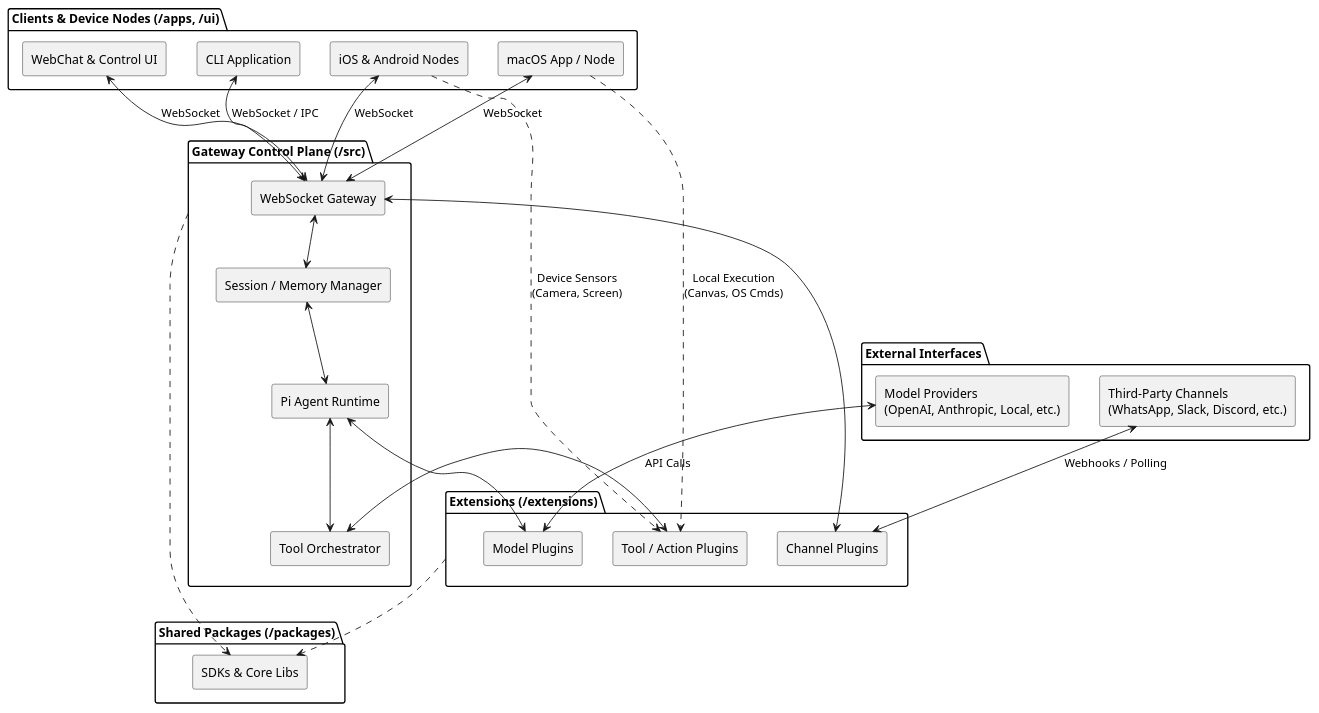
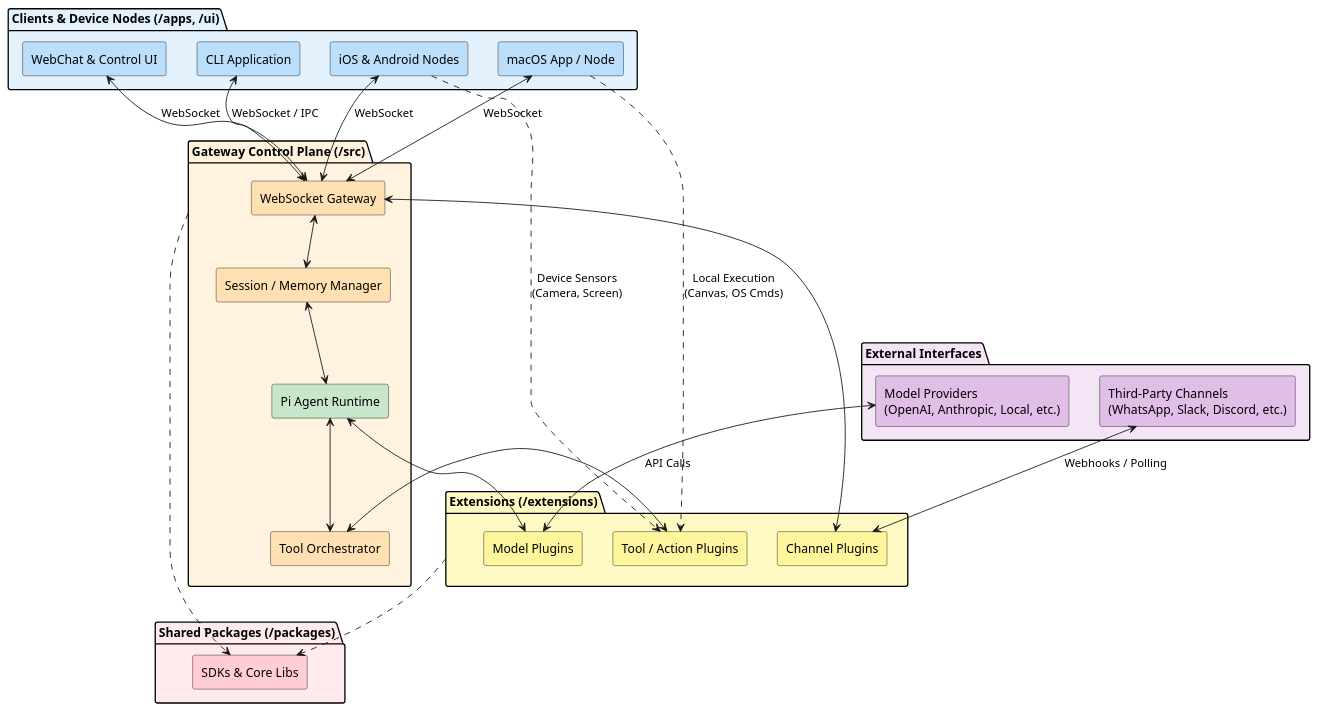
One commit to wangbin0619/openclaw changed the diagram in 01-openclaw-learning/01-01-system-graph.puml. Above: the diagram before and after it, drawn with PlantUML. The commit also changed 11 other files, not shown here.

```diff
--- a/01-openclaw-learning/01-01-system-graph.puml
+++ b/01-openclaw-learning/01-01-system-graph.puml
@@ -1,53 +1,54 @@
 @startuml
 skinparam componentStyle rectangle
+skinparam shadowing false
 
-package "External Interfaces" {
-  [Third-Party Channels\n(WhatsApp, Slack, Discord, etc.)] as Channels
-  [Model Providers\n(OpenAI, Anthropic, Local, etc.)] as LLM
+package "External Interfaces" #F3E5F5 {
+  [Third-Party Channels\n(WhatsApp, Slack, Discord, etc.)] as Channels #E1BEE7
+  [Model Providers\n(OpenAI, Anthropic, Local, etc.)] as LLM #E1BEE7
 }
 
-package "Clients & Device Nodes (/apps, /ui)" {
-  [WebChat & Control UI] as WebUI
-  [CLI Application] as CLI
-  [macOS App / Node] as Desktop
-  [iOS & Android Nodes] as Mobile
+package "Clients & Device Nodes (/apps, /ui)" #E3F2FD {
+  [WebChat & Control UI] as WebUI #BBDEFB
+  [CLI Application] as CLI #BBDEFB
+  [macOS App / Node] as Desktop #BBDEFB
+  [iOS & Android Nodes] as Mobile #BBDEFB
 }
 
-package "Gateway Control Plane (/src)" as CoreLayer {
-  [WebSocket Gateway] as Gateway
-  [Pi Agent Runtime] as AgentRuntime
-  [Session / Memory Manager] as SessionManager
-  [Tool Orchestrator] as ToolOrchestrator
+package "Gateway Control Plane (/src)" as CoreLayer #FFF3E0 {
+  [WebSocket Gateway] as Gateway #FFE0B2
+  [Pi Agent Runtime] as AgentRuntime #C8E6C9
+  [Session / Memory Manager] as SessionManager #FFE0B2
+  [Tool Orchestrator] as ToolOrchestrator #FFE0B2
 }
 
-package "Extensions (/extensions)" as ExtensionsLayer {
-  [Channel Plugins] as ChannelPlugins
-  [Model Plugins] as ModelPlugins
-  [Tool / Action Plugins] as ToolPlugins
+package "Extensions (/extensions)" as ExtensionsLayer #FFF9C4 {
+  [Channel Plugins] as ChannelPlugins #FFF59D
+  [Model Plugins] as ModelPlugins #FFF59D
+  [Tool / Action Plugins] as ToolPlugins #FFF59D
 }
 
-package "Shared Packages (/packages)" as PkgLayer {
-  [SDKs & Core Libs] as SDK
+package "Shared Packages (/packages)" as PkgLayer #FFEBEE {
+  [SDKs & Core Libs] as SDK #FFCDD2
 }
 
 Channels <--> ChannelPlugins : Webhooks / Polling
 LLM <--> ModelPlugins : API Calls
 
 ChannelPlugins <--> Gateway
 WebUI <--> Gateway : WebSocket
 CLI <--> Gateway : WebSocket / IPC
 Desktop <--> Gateway : WebSocket
 Mobile <--> Gateway : WebSocket
 
 Gateway <--> SessionManager
 SessionManager <--> AgentRuntime
 AgentRuntime <--> ModelPlugins
 AgentRuntime <--> ToolOrchestrator
 
 ToolOrchestrator <--> ToolPlugins
 Desktop ..> ToolPlugins : Local Execution\n(Canvas, OS Cmds)
 Mobile ..> ToolPlugins : Device Sensors\n(Camera, Screen)
 
 CoreLayer ..> SDK
 ExtensionsLayer ..> SDK
 @enduml
```
